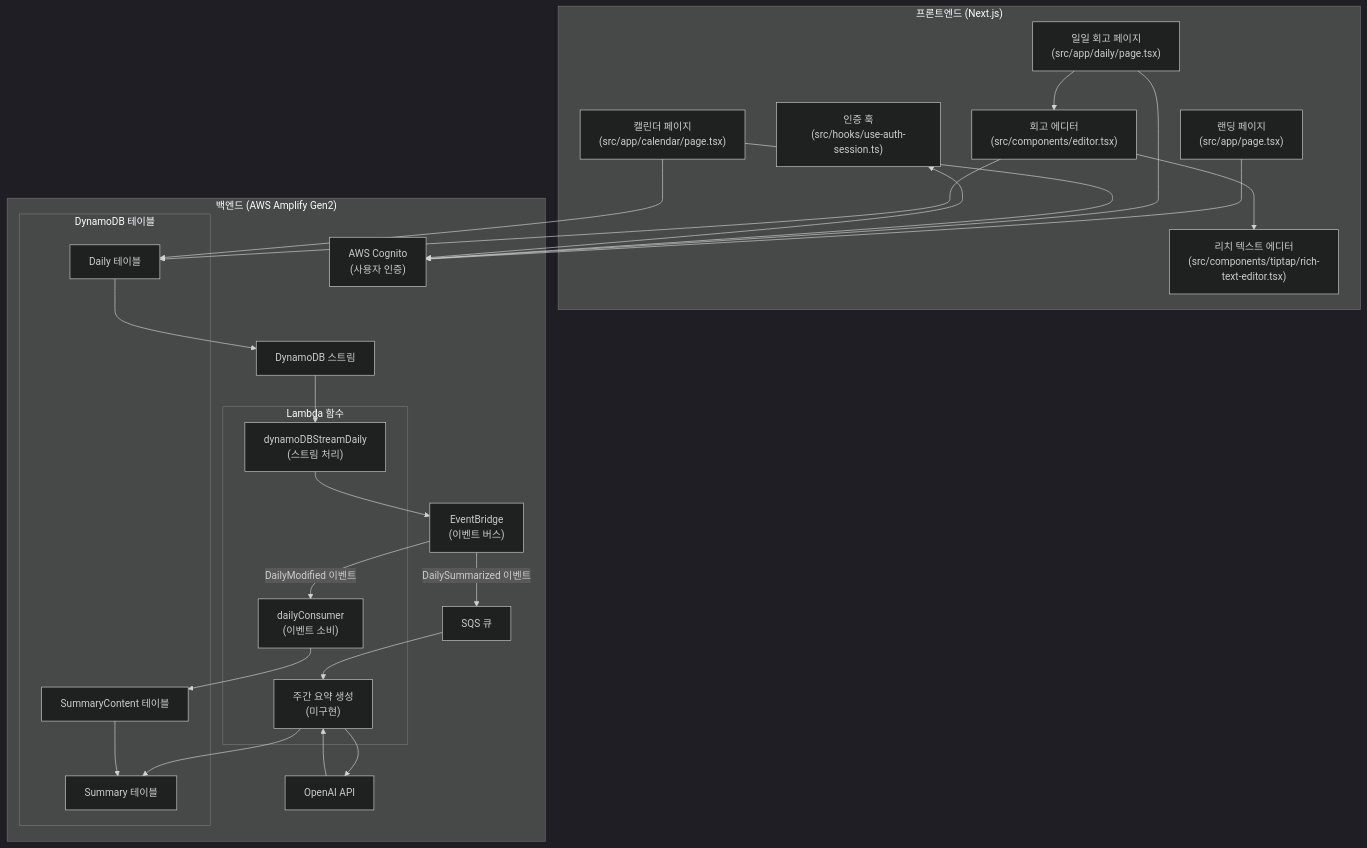
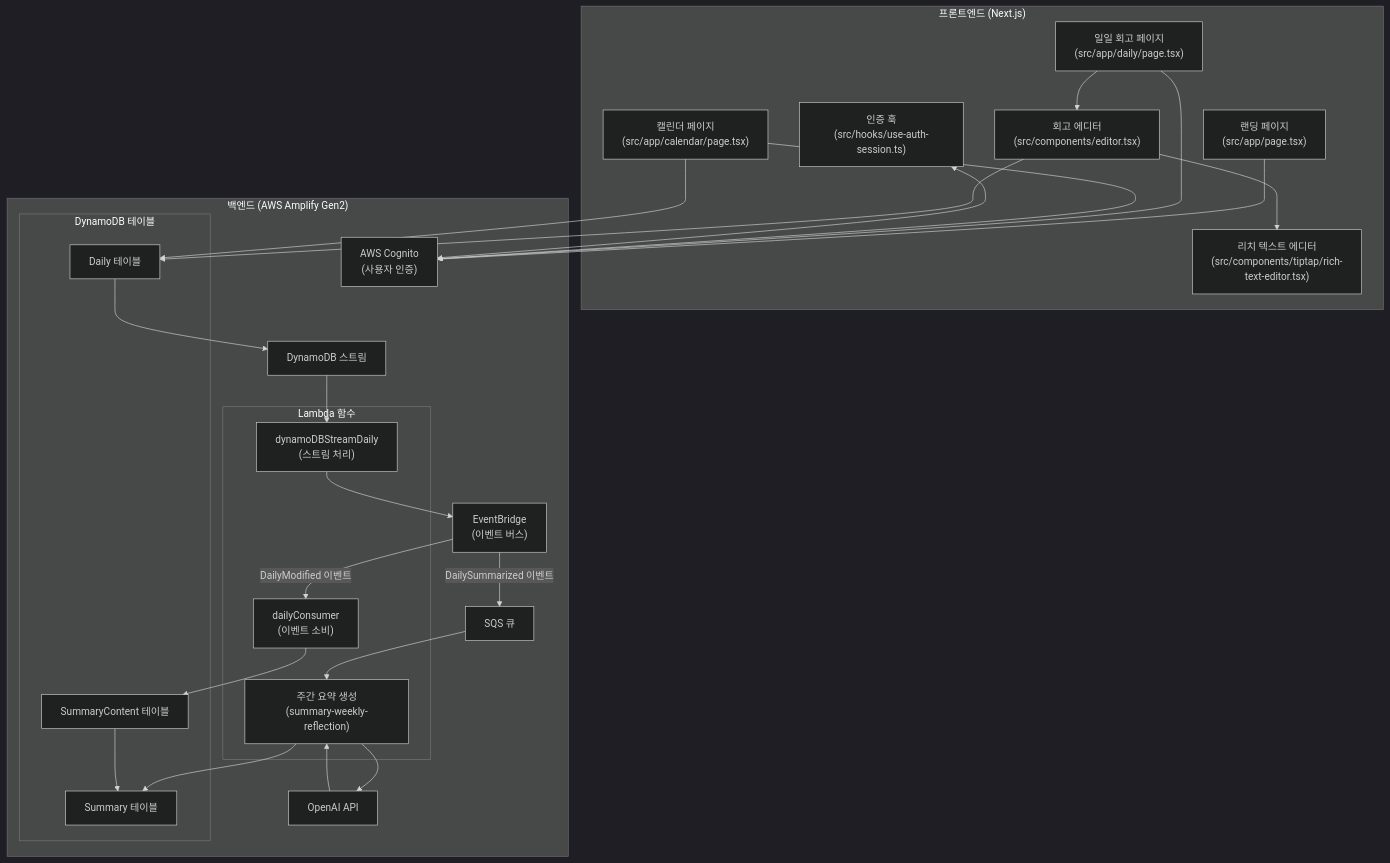
One commit to boy672820/daylog-webapp changed the diagram in memory-bank/progress.md. Above: the diagram before and after it, drawn with Mermaid (dark theme). The commit also changed other lines of this file and 27 other files, not shown here.

````diff
--- a/memory-bank/progress.md
+++ b/memory-bank/progress.md
@@ -32,64 +33,64 @@
 ```mermaid
 flowchart TD
     %% 프론트엔드 컴포넌트
     subgraph Frontend["프론트엔드 (Next.js)"]
         LandingPage["랜딩 페이지\n(src/app/page.tsx)"]
         DailyPage["일일 회고 페이지\n(src/app/daily/page.tsx)"]
         CalendarPage["캘린더 페이지\n(src/app/calendar/page.tsx)"]
         Editor["회고 에디터\n(src/components/editor.tsx)"]
         RichTextEditor["리치 텍스트 에디터\n(src/components/tiptap/rich-text-editor.tsx)"]
         AuthHook["인증 훅\n(src/hooks/use-auth-session.ts)"]
     end
 
     %% 백엔드 서비스
     subgraph Backend["백엔드 (AWS Amplify Gen2)"]
         Cognito["AWS Cognito\n(사용자 인증)"]
         
         subgraph DynamoDB["DynamoDB 테이블"]
             DailyTable["Daily 테이블"]
             SummaryTable["Summary 테이블"]
             SummaryContentTable["SummaryContent 테이블"]
         end
         
         DynamoDBStream["DynamoDB 스트림"]
         
         subgraph Lambda["Lambda 함수"]
             StreamLambda["dynamoDBStreamDaily\n(스트림 처리)"]
             ConsumerLambda["dailyConsumer\n(이벤트 소비)"]
-            SummaryLambda["주간 요약 생성\n(미구현)"]
+            SummaryLambda["주간 요약 생성\n(summary-weekly-reflection)"]
         end
         
         EventBridge["EventBridge\n(이벤트 버스)"]
         SQS["SQS 큐"]
         
         OpenAI["OpenAI API"]
     end
 
     %% 데이터 흐름
     LandingPage --> Cognito
     DailyPage --> Cognito
     CalendarPage --> Cognito
     
     DailyPage --> Editor
     Editor --> RichTextEditor
     Editor --> DailyTable
     
     CalendarPage --> DailyTable
     
     AuthHook <--> Cognito
     
     DailyTable --> DynamoDBStream
     DynamoDBStream --> StreamLambda
     StreamLambda --> EventBridge
     
     EventBridge -->|"DailyModified 이벤트"| ConsumerLambda
     ConsumerLambda --> SummaryContentTable
     
     EventBridge -->|"DailySummarized 이벤트"| SQS
     SQS --> SummaryLambda
     SummaryLambda --> OpenAI
     OpenAI --> SummaryLambda
     SummaryLambda --> SummaryTable
     
     SummaryContentTable --> SummaryTable
 ```
````
